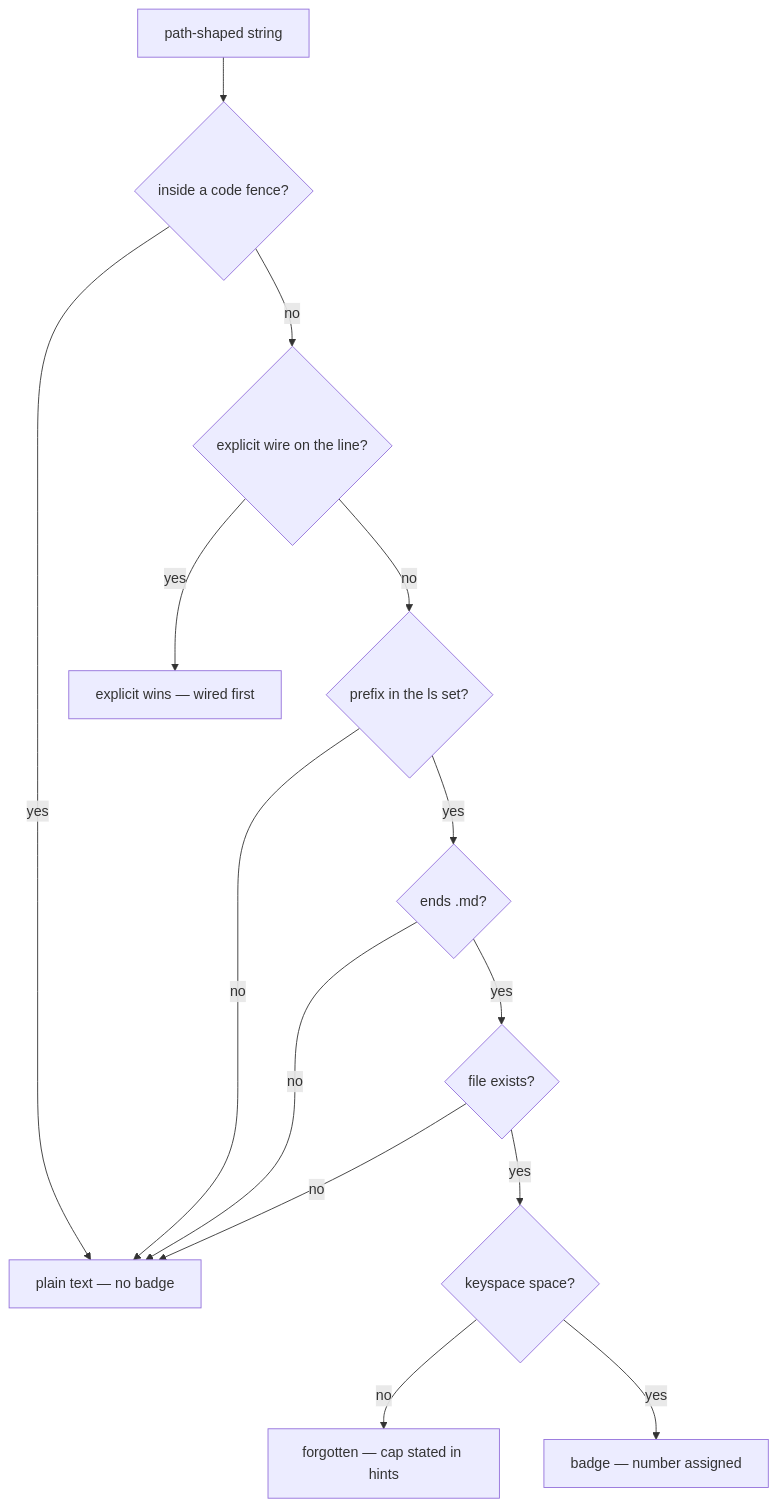
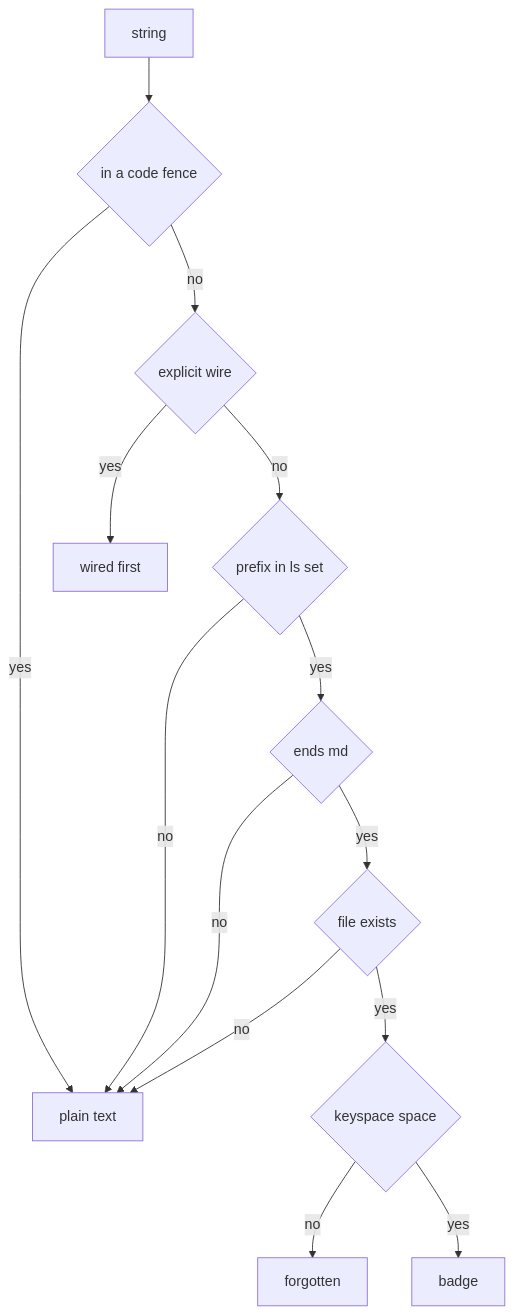
Before and after one commit to pjsvis/okuda: the diagram in briefs/2026-08-26-brief-document-links.md, drawn with Mermaid.

Commit message:
docs(brief): inference flowchart — simplified to the renderer dialect
The canary fired: quoted labels and ? in node text fell back to source
listing. Simplified to the SpaceXAi dialect (bare labels, -- yes -->
edge syntax) and verified: art renders, no fallback, check green. The
canary did its job twice — first flagging the design, then flagging
the dialect.

````diff
--- a/briefs/2026-08-26-brief-document-links.md
+++ b/briefs/2026-08-26-brief-document-links.md
@@ -71,16 +71,16 @@
 ```mermaid
 flowchart TD
-    C["path-shaped string"] --> F{"inside a code fence?"}
-    F -- "yes" --> SKIP["plain text — no badge"]
-    F -- "no" --> W{"explicit wire on the line?"}
-    W -- "yes" --> WIRE["explicit wins — wired first"]
-    W -- "no" --> G1{"prefix in the ls set?"}
-    G1 -- "no" --> SKIP
-    G1 -- "yes" --> G2{"ends .md?"}
-    G2 -- "no" --> SKIP
-    G2 -- "yes" --> G3{"file exists?"}
-    G3 -- "no" --> SKIP
-    G3 -- "yes" --> G4{"keyspace space?"}
-    G4 -- "no" --> CAP["forgotten — cap stated in hints"]
-    G4 -- "yes" --> B["badge — number assigned"]
+    C[string] --> F{in a code fence}
+    F -- yes --> SKIP[plain text]
+    F -- no --> W{explicit wire}
+    W -- yes --> WIRED[wired first]
+    W -- no --> G1{prefix in ls set}
+    G1 -- no --> SKIP
+    G1 -- yes --> G2{ends md}
+    G2 -- no --> SKIP
+    G2 -- yes --> G3{file exists}
+    G3 -- no --> SKIP
+    G3 -- yes --> G4{keyspace space}
+    G4 -- no --> CAP[forgotten]
+    G4 -- yes --> B[badge]
 ```
````
